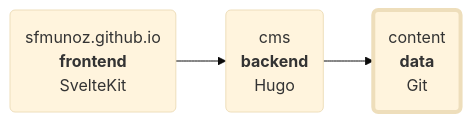
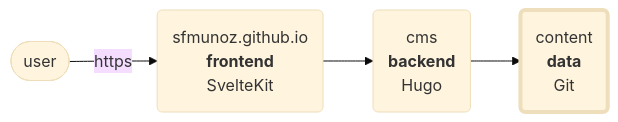
Before and after one commit to sfmunoz/content: the diagram in README.md, drawn with Mermaid (base theme). The commit also changed other lines of this file, not shown here.

Commit message:
README.md: auto-generated by build.py

````diff
--- a/README.md
+++ b/README.md
@@ -10,8 +10,9 @@
 ```mermaid
 flowchart LR
+    user(["user"])
     sfmunoz("`sfmunoz.github.io<br>**frontend**<br>SvelteKit`")
     cms("`cms<br>**backend**<br>Hugo`")
     content("`content<br>**data**<br>Git`")
     style content stroke-width:4px
-    sfmunoz --> cms --> content
+    user -->|https| sfmunoz --> cms --> content
 ```
````
